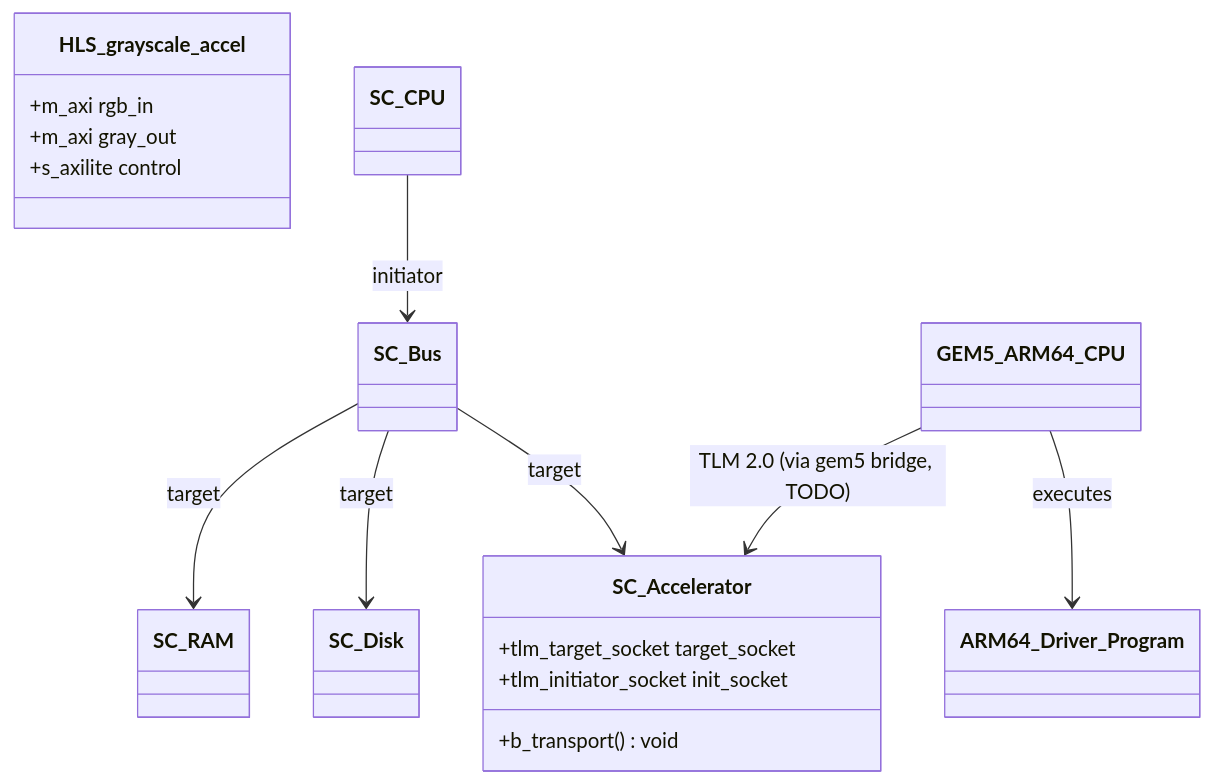
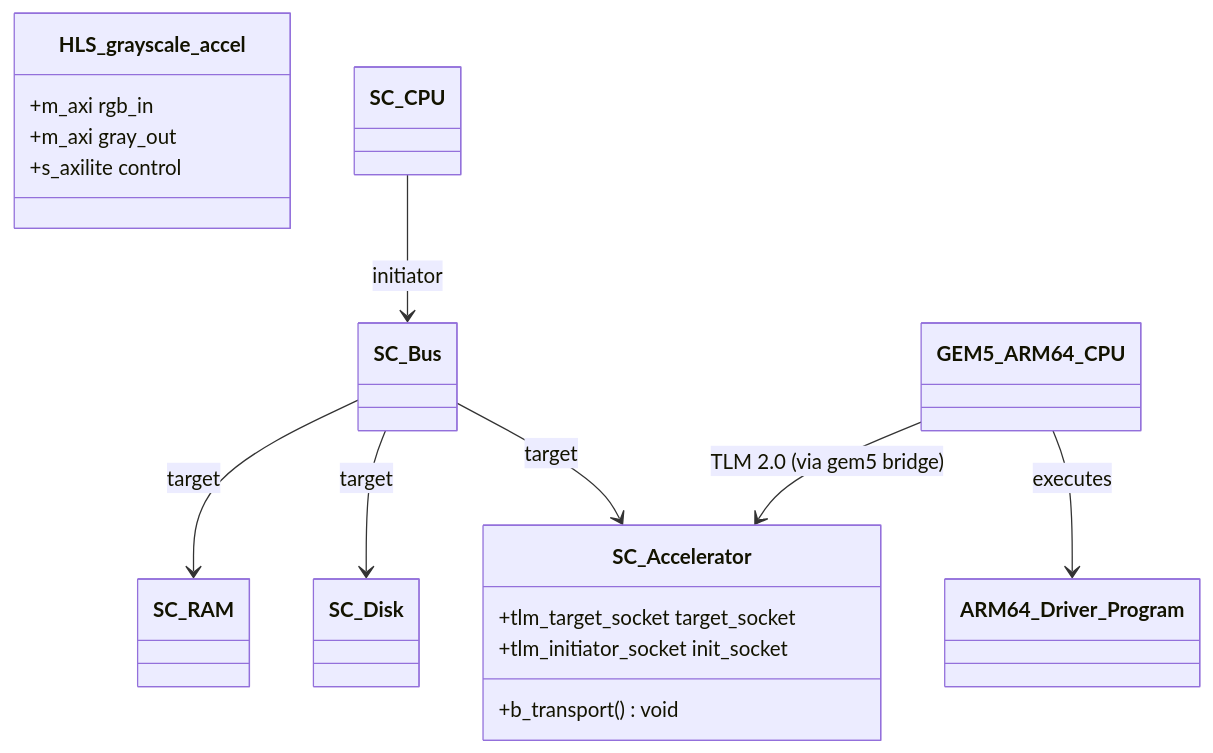
The first of 3 diagrams in README.md (Team-Diseno-de-Alto-Nivel/mp6160-vitis-hls-accelerator), drawn with Mermaid before and after one commit. The commit also changed other lines of this file and 25 other files, not shown here.

````diff
--- a/README.md
+++ b/README.md
@@ -110,27 +128,27 @@
 ```mermaid
 classDiagram
     class HLS_grayscale_accel {
         +m_axi rgb_in
         +m_axi gray_out
         +s_axilite control
     }
     class SC_Accelerator {
         +tlm_target_socket target_socket
         +tlm_initiator_socket init_socket
         +b_transport() void
     }
     class SC_RAM
     class SC_Bus
     class SC_Disk
     class SC_CPU
     class GEM5_ARM64_CPU
     class ARM64_Driver_Program
 
     SC_CPU --> SC_Bus : initiator
     SC_Bus --> SC_RAM : target
     SC_Bus --> SC_Disk : target
     SC_Bus --> SC_Accelerator : target
 
     GEM5_ARM64_CPU --> ARM64_Driver_Program : executes
-    GEM5_ARM64_CPU --> SC_Accelerator : TLM 2.0 (via gem5 bridge, TODO)
+    GEM5_ARM64_CPU --> SC_Accelerator : TLM 2.0 (via gem5 bridge)
 ```
````
